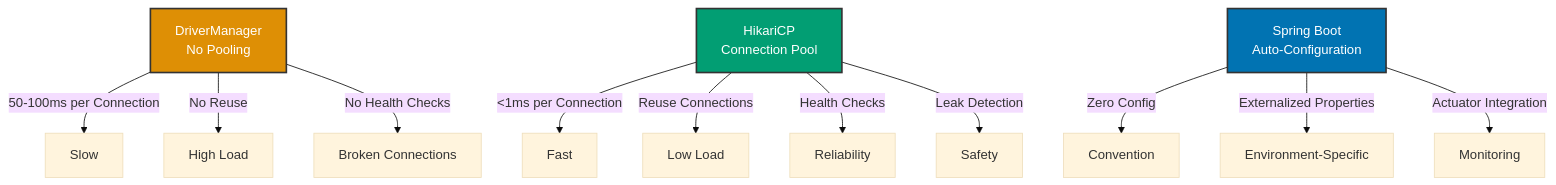
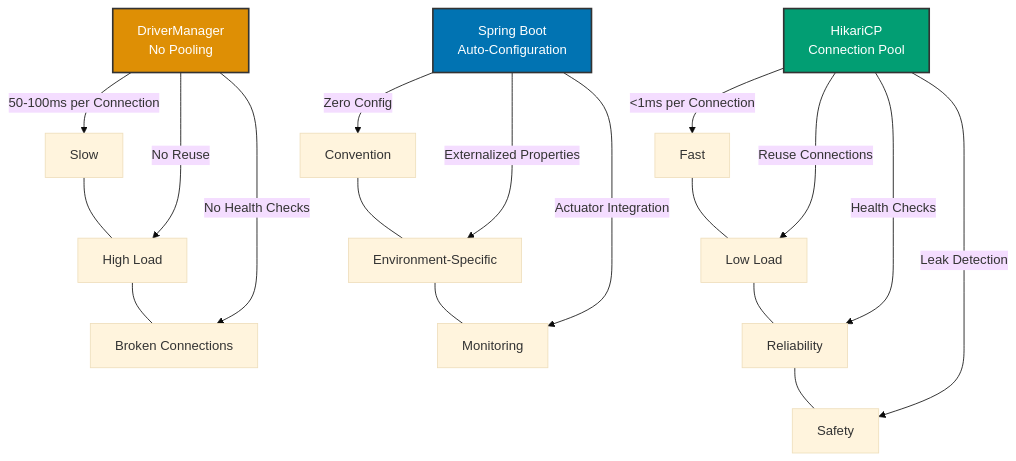
One commit to wahidyankf/baseerah changed the diagram in apps/ayokoding-www/content/en/learn/software-engineering/platforms/web/tools/jvm-spring/in-the-field/connection-pooling.md. Above: the diagram before and after it, drawn with Mermaid (base theme). The commit also changed 88 other files, not shown here.

First line of the commit message:
fix(ayokoding-www): resolve pre-existing Mermaid violations, exclude fixtures/plans-done

````diff
--- a/apps/ayokoding-www/content/en/learn/software-engineering/platforms/web/tools/jvm-spring/in-the-field/connection-pooling.md
+++ b/apps/ayokoding-www/content/en/learn/software-engineering/platforms/web/tools/jvm-spring/in-the-field/connection-pooling.md
@@ -453,19 +453,26 @@
 ```mermaid
 graph TD
     A[DriverManager<br/>No Pooling] -->|50-100ms per Connection| B[Slow]
     A -->|No Reuse| C[High Load]
     A -->|No Health Checks| D[Broken Connections]
+    B --- C
+    C --- D
 
     E[HikariCP<br/>Connection Pool] -->|<1ms per Connection| F[Fast]
     E -->|Reuse Connections| G[Low Load]
     E -->|Health Checks| H[Reliability]
     E -->|Leak Detection| I[Safety]
+    F --- G
+    G --- H
+    H --- I
 
     J[Spring Boot<br/>Auto-Configuration] -->|Zero Config| K[Convention]
     J -->|Externalized Properties| L[Environment-Specific]
     J -->|Actuator Integration| M[Monitoring]
+    K --- L
+    L --- M
 
     style A fill:#DE8F05,stroke:#333,stroke-width:2px,color:#fff
     style E fill:#029E73,stroke:#333,stroke-width:2px,color:#fff
     style J fill:#0173B2,stroke:#333,stroke-width:2px,color:#fff
 ```
````
